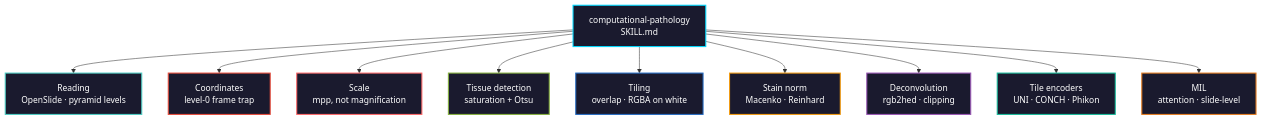
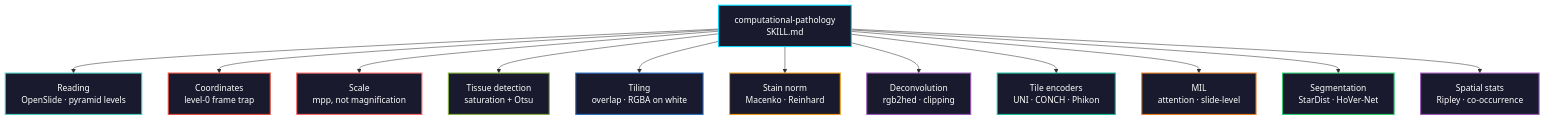
The diagram in skills/computational-pathology/README.md (zamushwani/biomedical-ai-skills), drawn with Mermaid before and after one commit. The commit also changed other lines of this file and 6 other files, not shown here.

Commit message:
Add cell segmentation and spatial analysis to computational-pathology

````diff
--- a/skills/computational-pathology/README.md
+++ b/skills/computational-pathology/README.md
@@ -7,22 +7,26 @@
 ```mermaid
 graph TD
     A["computational-pathology<br>SKILL.md"] --> B["Reading<br>OpenSlide · pyramid levels"]
     A --> C["Coordinates<br>level-0 frame trap"]
     A --> D["Scale<br>mpp, not magnification"]
     A --> E["Tissue detection<br>saturation + Otsu"]
     A --> F["Tiling<br>overlap · RGBA on white"]
     A --> G["Stain norm<br>Macenko · Reinhard"]
     A --> H["Deconvolution<br>rgb2hed · clipping"]
     A --> I["Tile encoders<br>UNI · CONCH · Phikon"]
     A --> J["MIL<br>attention · slide-level"]
+    A --> K["Segmentation<br>StarDist · HoVer-Net"]
+    A --> L["Spatial stats<br>Ripley · co-occurrence"]
     style A fill:#1a1a2e,stroke:#00d9ff,color:#fff,stroke-width:2px
     style B fill:#1a1a2e,stroke:#4ecdc4,color:#fff,stroke-width:2px
     style C fill:#1a1a2e,stroke:#e84d3c,color:#fff,stroke-width:2px
     style D fill:#1a1a2e,stroke:#ff6b6b,color:#fff,stroke-width:2px
     style E fill:#1a1a2e,stroke:#87b13f,color:#fff,stroke-width:2px
     style F fill:#1a1a2e,stroke:#276DC3,color:#fff,stroke-width:2px
     style G fill:#1a1a2e,stroke:#f39c12,color:#fff,stroke-width:2px
     style H fill:#1a1a2e,stroke:#9b59b6,color:#fff,stroke-width:2px
     style I fill:#1a1a2e,stroke:#1abc9c,color:#fff,stroke-width:2px
     style J fill:#1a1a2e,stroke:#e67e22,color:#fff,stroke-width:2px
+    style K fill:#1a1a2e,stroke:#2ecc71,color:#fff,stroke-width:2px
+    style L fill:#1a1a2e,stroke:#9b59b6,color:#fff,stroke-width:2px
 ```
````
